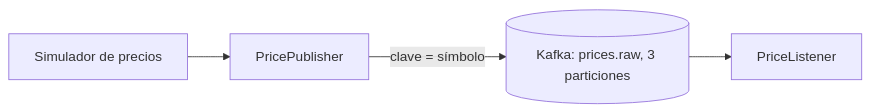
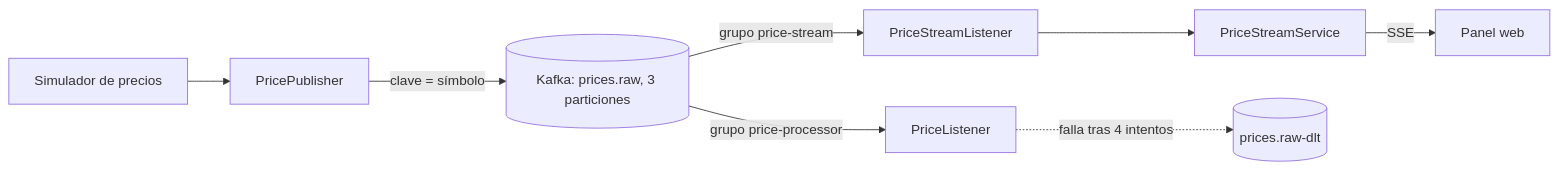
Before and after one commit to CRISHFAS/crypto-price-tracker: the diagram in README.md, drawn with Mermaid. The commit also changed other lines of this file, not shown here.

````diff
--- a/README.md
+++ b/README.md
@@ -9,6 +9,10 @@
 ```mermaid
 flowchart LR
   S[Simulador de precios] --> P[PricePublisher]
   P -->|clave = símbolo| K[(Kafka: prices.raw, 3 particiones)]
-  K --> L[PriceListener]
+  K -->|grupo price-processor| L[PriceListener]
+  K -->|grupo price-stream| SL[PriceStreamListener]
+  SL --> SV[PriceStreamService]
+  SV -->|SSE| B[Panel web]
+  L -. falla tras 4 intentos .-> D[(prices.raw-dlt)]
 ```
````
